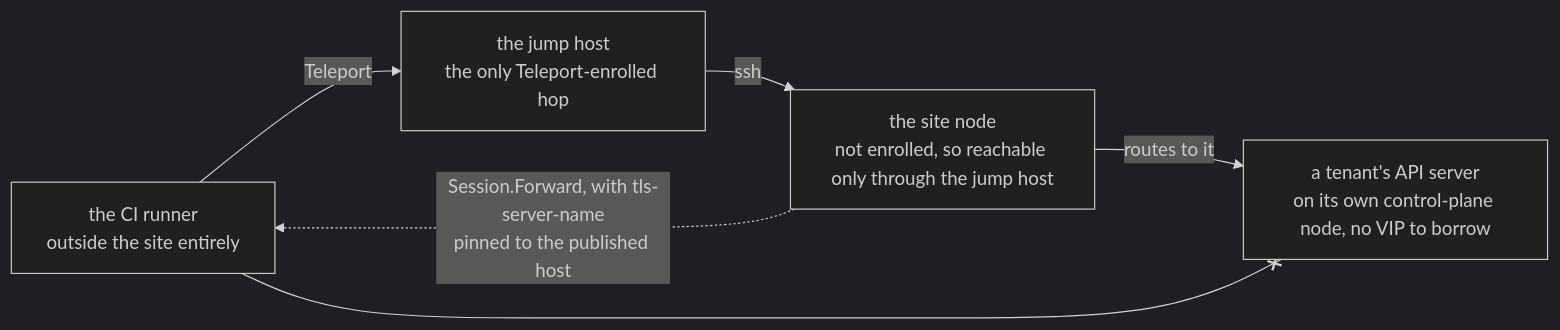
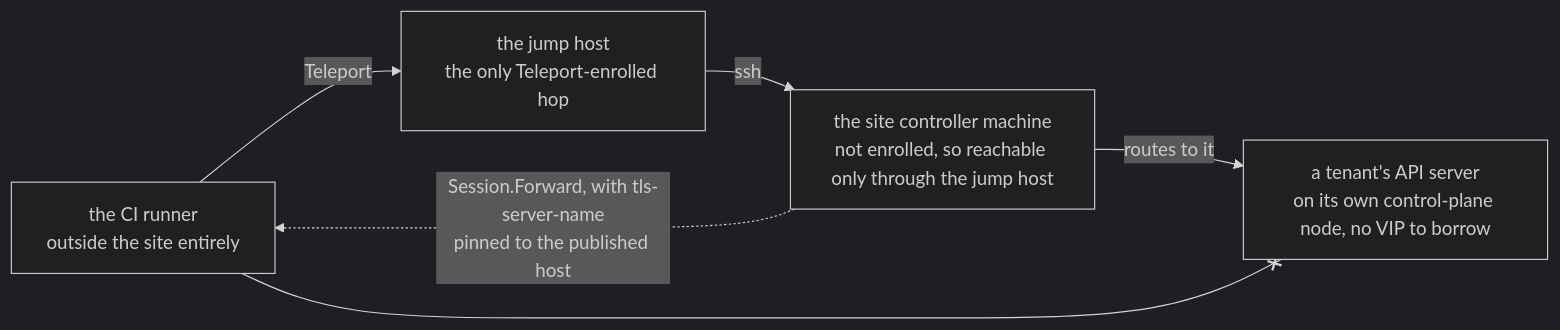
Before and after one commit to dsx-ai-factory/nvke: the fifth of 5 diagrams in docs/qualification/hardware-lane.md, drawn with Mermaid (dark theme). The commit also changed other lines of this file and 3 other files, not shown here.

Commit message:
docs: keep Forge naming and call the hardware lane's site the site controller machine

````diff
--- a/docs/qualification/hardware-lane.md
+++ b/docs/qualification/hardware-lane.md
@@ -267,13 +267,13 @@
 ```mermaid
 flowchart LR
     RUN["the CI runner<br/>outside the site entirely"]
     JH["the jump host<br/>the only Teleport-enrolled hop"]
-    SN["the site node<br/>not enrolled, so reachable only through the jump host"]
+    SN["the site controller machine<br/>not enrolled, so reachable only through the jump host"]
     TCP["a tenant's API server<br/>on its own control-plane node, no VIP to borrow"]
 
     RUN -->|Teleport| JH
     JH -->|ssh| SN
     SN -->|"routes to it"| TCP
     RUN --x TCP
     SN -.->|"Session.Forward, with tls-server-name<br/>pinned to the published host"| RUN
 ```
````
